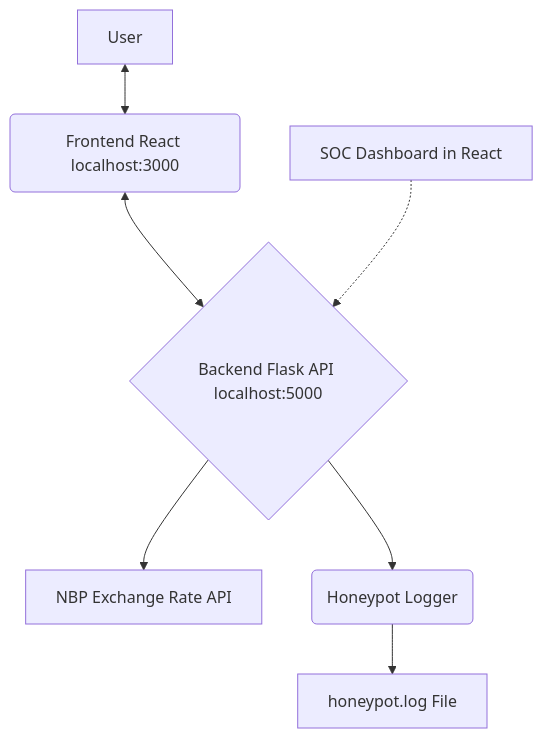
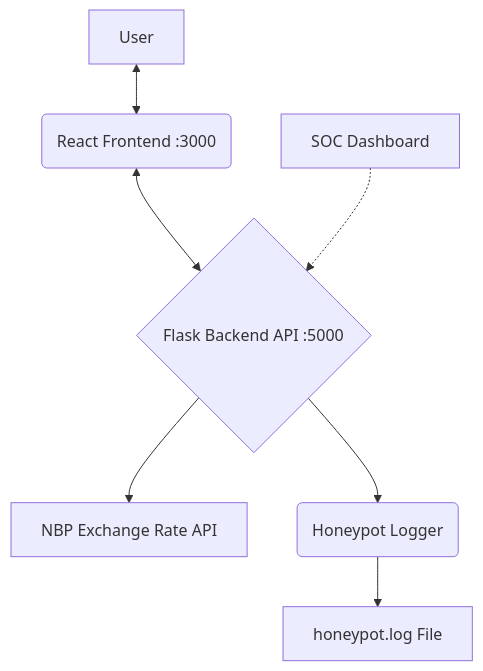
One commit to JaKuba23/SOC-Bank-Honeypot changed the diagram in README.md. Above: the diagram before and after it, drawn with Mermaid. The commit also changed other lines of this file, not shown here.

````diff
--- a/README.md
+++ b/README.md
@@ -35,9 +41,9 @@
 ```mermaid
 graph TD
-    A[User] <--> B(Frontend React localhost:3000);
-    B <--> C{Backend Flask API localhost:5000};
-    C --> D[NBP Exchange Rate API];
-    C --> E(Honeypot Logger);
-    E --> F[honeypot.log File];
-    G[SOC Dashboard in React] -.-> C;
+    A[User] <--> B(React Frontend :3000)
+    B <--> C{Flask Backend API :5000}
+    C --> D[NBP Exchange Rate API]
+    C --> E(Honeypot Logger)
+    E --> F[honeypot.log File]
+    G[SOC Dashboard] -.-> C
 ```
````
